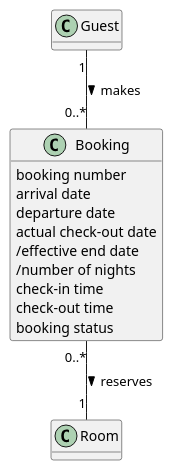
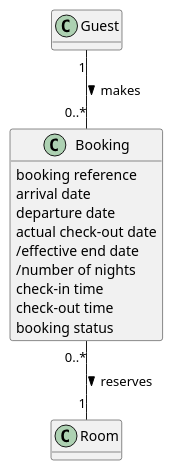
The diagram in docs/use-cases/uc-001/dm.md (NF-Hotel/NFHotel), drawn with PlantUML before and after one commit. The commit also changed other lines of this file and 25 other files, not shown here.

````diff
--- a/docs/use-cases/uc-001/dm.md
+++ b/docs/use-cases/uc-001/dm.md
@@ -26,21 +27,21 @@
 ```plantuml
 @startuml
 skinparam classAttributeIconSize 0
 hide methods
 class Booking {
-  booking number
+  booking reference
   arrival date
   departure date
   actual check-out date
   /effective end date
   /number of nights
   check-in time
   check-out time
   booking status
 }
 class Guest
 class Room
 Guest "1" -- "0..*" Booking : makes >
 Booking "0..*" -- "1" Room : reserves >
 @enduml
 ```
````
